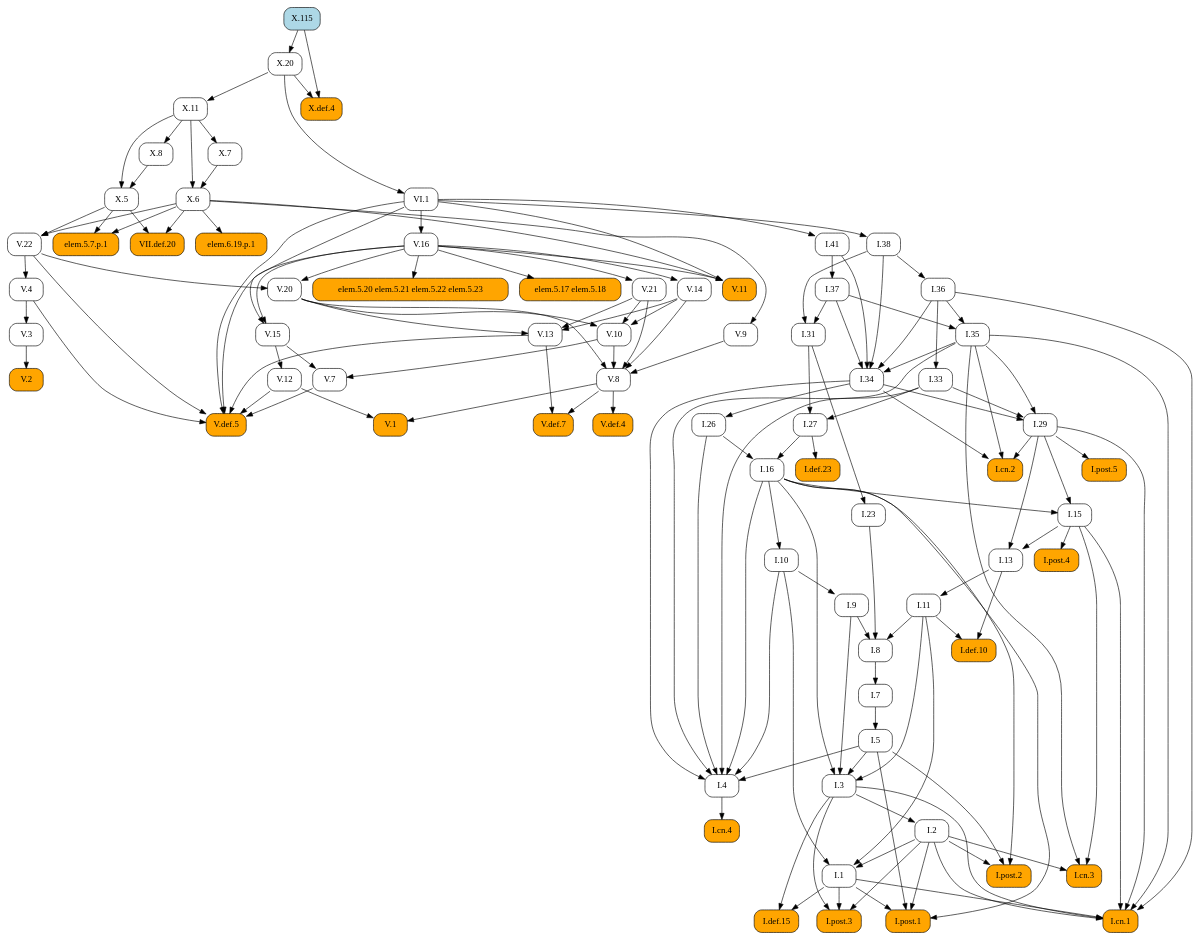
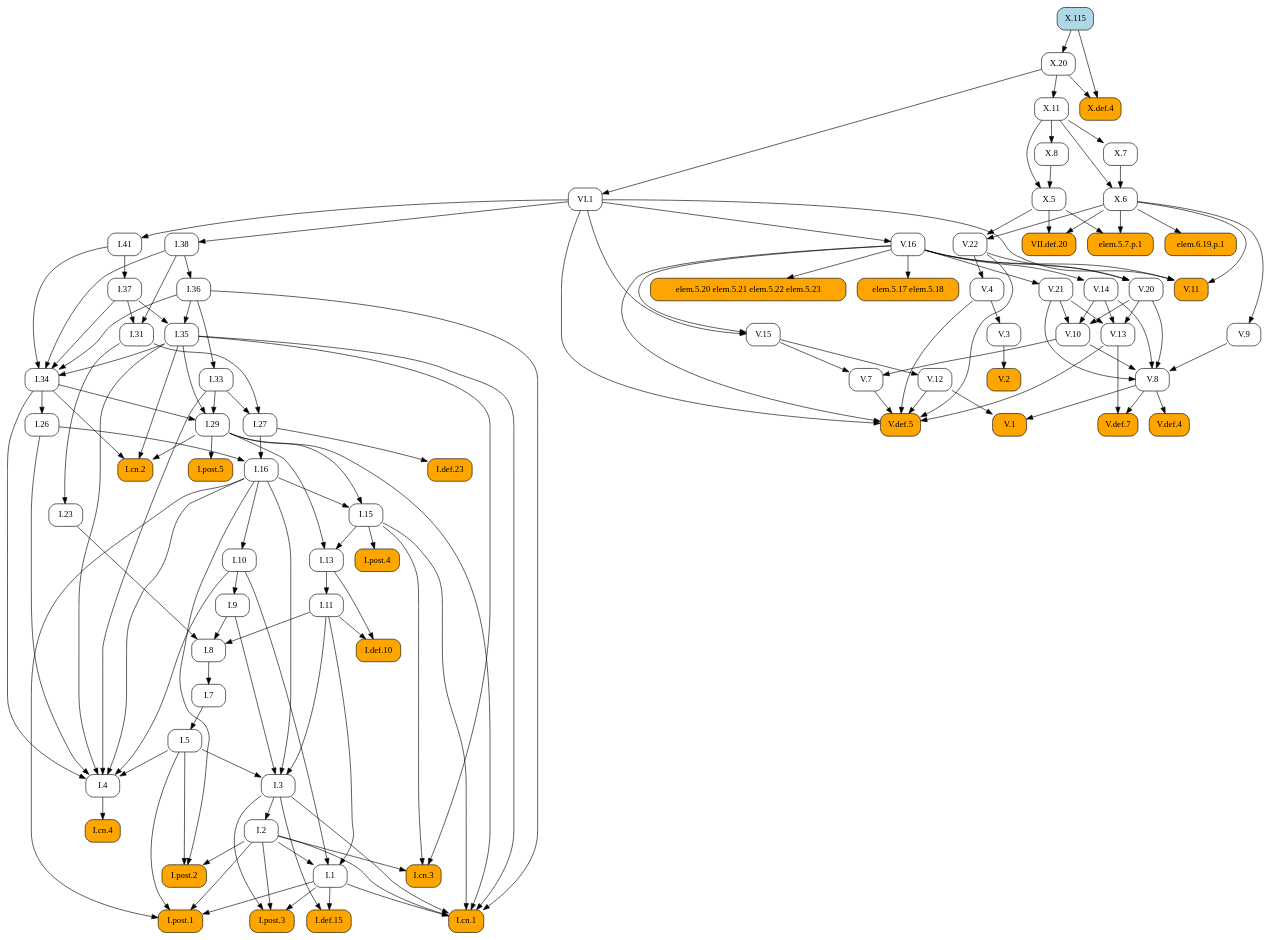
One commit to geometor/elements changed the diagram in docsrc/heath/X/115/index.rst. Above: the diagram before and after it, drawn with Graphviz. The commit also changed other lines of this file and 1029 other files, not shown here.

```diff
--- a/docsrc/heath/X/115/index.rst
+++ b/docsrc/heath/X/115/index.rst
@@ -39,116 +39,190 @@
    digraph {
      rankdir="TB";
      node [shape=box, style=rounded];
+     "I.def.10" [style="rounded,filled", fillcolor=orange, URL="/heath/I/def.10/", target="_top"];
+     "I.11" [URL="/heath/I/11/", target="_top"];
+     "I.post.4" [style="rounded,filled", fillcolor=orange, URL="/heath/I/post.4/", target="_top"];
+     "I.1" [URL="/heath/I/1/", target="_top"];
+     "V.def.5" [style="rounded,filled", fillcolor=orange, URL="/heath/V/def.5/", target="_top"];
+     "V.13" [URL="/heath/V/13/", target="_top"];
+     "V.11" [style="rounded,filled", fillcolor=orange, URL="/heath/V/11/", target="_top"];
+     "I.post.3" [style="rounded,filled", fillcolor=orange, URL="/heath/I/post.3/", target="_top"];
+     "VI.1" [URL="/heath/VI/1/", target="_top"];
+     "I.cn.3" [style="rounded,filled", fillcolor=orange, URL="/heath/I/cn.3/", target="_top"];
+     "V.16" [URL="/heath/V/16/", target="_top"];
+     "V.3" [URL="/heath/V/3/", target="_top"];
+     "X.7" [URL="/heath/X/7/", target="_top"];
+     "I.41" [URL="/heath/I/41/", target="_top"];
+     "I.36" [URL="/heath/I/36/", target="_top"];
+     "I.27" [URL="/heath/I/27/", target="_top"];
+     "V.8" [URL="/heath/V/8/", target="_top"];
+     "I.37" [URL="/heath/I/37/", target="_top"];
+     "I.34" [URL="/heath/I/34/", target="_top"];
+     "I.2" [URL="/heath/I/2/", target="_top"];
+     "I.def.23" [style="rounded,filled", fillcolor=orange, URL="/heath/I/def.23/", target="_top"];
+     "I.33" [URL="/heath/I/33/", target="_top"];
+     "I.post.2" [style="rounded,filled", fillcolor=orange, URL="/heath/I/post.2/", target="_top"];
+     "elem.5.20 elem.5.21 elem.5.22 elem.5.23" [style="rounded,filled", fillcolor=orange];
+     "I.9" [URL="/heath/I/9/", target="_top"];
+     "X.def.4" [style="rounded,filled", fillcolor=orange, URL="/heath/X/def.4/", target="_top"];
+     "I.cn.4" [style="rounded,filled", fillcolor=orange, URL="/heath/I/cn.4/", target="_top"];
+     "V.def.4" [style="rounded,filled", fillcolor=orange, URL="/heath/V/def.4/", target="_top"];
+     "I.15" [URL="/heath/I/15/", target="_top"];
+     "I.38" [URL="/heath/I/38/", target="_top"];
+     "V.def.7" [style="rounded,filled", fillcolor=orange, URL="/heath/V/def.7/", target="_top"];
+     "X.115" [style="rounded,filled", fillcolor=lightblue, URL="/heath/X/115/", target="_top"];
+     "VII.def.20" [style="rounded,filled", fillcolor=orange, URL="/heath/VII/def.20/", target="_top"];
+     "I.5" [URL="/heath/I/5/", target="_top"];
+     "V.21" [URL="/heath/V/21/", target="_top"];
+     "I.26" [URL="/heath/I/26/", target="_top"];
+     "V.14" [URL="/heath/V/14/", target="_top"];
+     "I.29" [URL="/heath/I/29/", target="_top"];
+     "V.12" [URL="/heath/V/12/", target="_top"];
+     "V.22" [URL="/heath/V/22/", target="_top"];
+     "I.cn.2" [style="rounded,filled", fillcolor=orange, URL="/heath/I/cn.2/", target="_top"];
+     "X.6" [URL="/heath/X/6/", target="_top"];
+     "X.8" [URL="/heath/X/8/", target="_top"];
+     "V.20" [URL="/heath/V/20/", target="_top"];
+     "V.10" [URL="/heath/V/10/", target="_top"];
+     "I.def.15" [style="rounded,filled", fillcolor=orange, URL="/heath/I/def.15/", target="_top"];
+     "V.15" [URL="/heath/V/15/", target="_top"];
+     "I.cn.1" [style="rounded,filled", fillcolor=orange, URL="/heath/I/cn.1/", target="_top"];
+     "V.7" [URL="/heath/V/7/", target="_top"];
+     "V.9" [URL="/heath/V/9/", target="_top"];
+     "I.23" [URL="/heath/I/23/", target="_top"];
+     "I.post.1" [style="rounded,filled", fillcolor=orange, URL="/heath/I/post.1/", target="_top"];
+     "elem.6.19.p.1" [style="rounded,filled", fillcolor=orange];
+     "I.35" [URL="/heath/I/35/", target="_top"];
+     "I.7" [URL="/heath/I/7/", target="_top"];
+     "X.20" [URL="/heath/X/20/", target="_top"];
+     "I.3" [URL="/heath/I/3/", target="_top"];
+     "I.4" [URL="/heath/I/4/", target="_top"];
+     "I.13" [URL="/heath/I/13/", target="_top"];
+     "V.4" [URL="/heath/V/4/", target="_top"];
+     "elem.5.7.p.1" [style="rounded,filled", fillcolor=orange];
+     "I.31" [URL="/heath/I/31/", target="_top"];
      "V.1" [style="rounded,filled", fillcolor=orange, URL="/heath/V/1/", target="_top"];
-     "X.7" [URL="/heath/X/7/", target="_top"];
-     "I.29" [URL="/heath/I/29/", target="_top"];
-     "I.7" [URL="/heath/I/7/", target="_top"];
-     "I.27" [URL="/heath/I/27/", target="_top"];
-     "I.def.23" [style="rounded,filled", fillcolor=orange, URL="/heath/I/def.23/", target="_top"];
-     "V.20" [URL="/heath/V/20/", target="_top"];
-     "I.34" [URL="/heath/I/34/", target="_top"];
+     "I.16" [URL="/heath/I/16/", target="_top"];
+     "elem.5.17 elem.5.18" [style="rounded,filled", fillcolor=orange];
+     "X.5" [URL="/heath/X/5/", target="_top"];
+     "X.11" [URL="/heath/X/11/", target="_top"];
      "I.8" [URL="/heath/I/8/", target="_top"];
      "V.2" [style="rounded,filled", fillcolor=orange, URL="/heath/V/2/", target="_top"];
-     "I.9" [URL="/heath/I/9/", target="_top"];
-     "V.22" [URL="/heath/V/22/", target="_top"];
-     "elem.5.7.p.1" [style="rounded,filled", fillcolor=orange];
-     "I.post.4" [style="rounded,filled", fillcolor=orange, URL="/heath/I/post.4/", target="_top"];
-     "I.2" [URL="/heath/I/2/", target="_top"];
-     "V.4" [URL="/heath/V/4/", target="_top"];
-     "I.cn.4" [style="rounded,filled", fillcolor=orange, URL="/heath/I/cn.4/", target="_top"];
-     "X.8" [URL="/heath/X/8/", target="_top"];
-     "elem.5.20 elem.5.21 elem.5.22 elem.5.23" [style="rounded,filled", fillcolor=orange];
-     "I.23" [URL="/heath/I/23/", target="_top"];
-     "I.13" [URL="/heath/I/13/", target="_top"];
-     "I.5" [URL="/heath/I/5/", target="_top"];
-     "I.11" [URL="/heath/I/11/", target="_top"];
-     "X.6" [URL="/heath/X/6/", target="_top"];
-     "I.4" [URL="/heath/I/4/", target="_top"];
-     "X.20" [URL="/heath/X/20/", target="_top"];
-     "I.def.10" [style="rounded,filled", fillcolor=orange, URL="/heath/I/def.10/", target="_top"];
-     "I.post.3" [style="rounded,filled", fillcolor=orange, URL="/heath/I/post.3/", target="_top"];
-     "V.9" [URL="/heath/V/9/", target="_top"];
-     "elem.5.17 elem.5.18" [style="rounded,filled", fillcolor=orange];
-     "V.3" [URL="/heath/V/3/", target="_top"];
-     "I.36" [URL="/heath/I/36/", target="_top"];
-     "V.12" [URL="/heath/V/12/", target="_top"];
-     "I.15" [URL="/heath/I/15/", target="_top"];
-     "I.41" [URL="/heath/I/41/", target="_top"];
-     "V.def.5" [style="rounded,filled", fillcolor=orange, URL="/heath/V/def.5/", target="_top"];
-     "I.cn.3" [style="rounded,filled", fillcolor=orange, URL="/heath/I/cn.3/", target="_top"];
-     "X.115" [style="rounded,filled", fillcolor=lightblue, URL="/heath/X/115/", target="_top"];
-     "I.38" [URL="/heath/I/38/", target="_top"];
-     "V.16" [URL="/heath/V/16/", target="_top"];
-     "V.15" [URL="/heath/V/15/", target="_top"];
-     "V.def.4" [style="rounded,filled", fillcolor=orange, URL="/heath/V/def.4/", target="_top"];
-     "V.21" [URL="/heath/V/21/", target="_top"];
-     "V.8" [URL="/heath/V/8/", target="_top"];
-     "V.7" [URL="/heath/V/7/", target="_top"];
-     "I.1" [URL="/heath/I/1/", target="_top"];
-     "I.def.15" [style="rounded,filled", fillcolor=orange, URL="/heath/I/def.15/", target="_top"];
-     "V.13" [URL="/heath/V/13/", target="_top"];
-     "I.post.1" [style="rounded,filled", fillcolor=orange, URL="/heath/I/post.1/", target="_top"];
-     "X.5" [URL="/heath/X/5/", target="_top"];
-     "VII.def.20" [style="rounded,filled", fillcolor=orange, URL="/heath/VII/def.20/", target="_top"];
-     "elem.6.19.p.1" [style="rounded,filled", fillcolor=orange];
-     "I.26" [URL="/heath/I/26/", target="_top"];
-     "I.33" [URL="/heath/I/33/", target="_top"];
-     "X.11" [URL="/heath/X/11/", target="_top"];
-     "V.def.7" [style="rounded,filled", fillcolor=orange, URL="/heath/V/def.7/", target="_top"];
-     "I.cn.2" [style="rounded,filled", fillcolor=orange, URL="/heath/I/cn.2/", target="_top"];
-     "V.10" [URL="/heath/V/10/", target="_top"];
+     "I.post.5" [style="rounded,filled", fillcolor=orange, URL="/heath/I/post.5/", target="_top"];
      "I.10" [URL="/heath/I/10/", target="_top"];
-     "I.3" [URL="/heath/I/3/", target="_top"];
-     "I.16" [URL="/heath/I/16/", target="_top"];
-     "I.31" [URL="/heath/I/31/", target="_top"];
-     "V.11" [style="rounded,filled", fillcolor=orange, URL="/heath/V/11/", target="_top"];
-     "I.post.2" [style="rounded,filled", fillcolor=orange, URL="/heath/I/post.2/", target="_top"];
-     "VI.1" [URL="/heath/VI/1/", target="_top"];
-     "X.def.4" [style="rounded,filled", fillcolor=orange, URL="/heath/X/def.4/", target="_top"];
-     "I.post.5" [style="rounded,filled", fillcolor=orange, URL="/heath/I/post.5/", target="_top"];
-     "I.35" [URL="/heath/I/35/", target="_top"];
-     "I.cn.1" [style="rounded,filled", fillcolor=orange, URL="/heath/I/cn.1/", target="_top"];
-     "I.37" [URL="/heath/I/37/", target="_top"];
-     "V.14" [URL="/heath/V/14/", target="_top"];
-     "V.8" -> "V.1";
-     "V.12" -> "V.1";
+     "I.11" -> "I.def.10";
+     "I.13" -> "I.def.10";
+     "I.13" -> "I.11";
+     "I.15" -> "I.post.4";
+     "I.2" -> "I.1";
+     "I.10" -> "I.1";
+     "I.11" -> "I.1";
+     "V.4" -> "V.def.5";
+     "V.7" -> "V.def.5";
+     "V.12" -> "V.def.5";
+     "V.13" -> "V.def.5";
+     "V.16" -> "V.def.5";
+     "V.22" -> "V.def.5";
+     "VI.1" -> "V.def.5";
+     "V.14" -> "V.13";
+     "V.20" -> "V.13";
+     "V.21" -> "V.13";
+     "V.16" -> "V.11";
+     "VI.1" -> "V.11";
+     "X.6" -> "V.11";
+     "I.1" -> "I.post.3";
+     "I.2" -> "I.post.3";
+     "I.3" -> "I.post.3";
+     "X.20" -> "VI.1";
+     "I.2" -> "I.cn.3";
+     "I.15" -> "I.cn.3";
+     "I.35" -> "I.cn.3";
+     "VI.1" -> "V.16";
+     "V.4" -> "V.3";
      "X.11" -> "X.7";
-     "I.33" -> "I.29";
-     "I.34" -> "I.29";
-     "I.35" -> "I.29";
-     "I.8" -> "I.7";
+     "VI.1" -> "I.41";
+     "I.38" -> "I.36";
      "I.31" -> "I.27";
      "I.33" -> "I.27";
-     "I.27" -> "I.def.23";
-     "V.16" -> "V.20";
-     "V.22" -> "V.20";
+     "V.9" -> "V.8";
+     "V.10" -> "V.8";
+     "V.14" -> "V.8";
+     "V.20" -> "V.8";
+     "V.21" -> "V.8";
+     "I.41" -> "I.37";
      "I.35" -> "I.34";
      "I.36" -> "I.34";
      "I.37" -> "I.34";
      "I.38" -> "I.34";
      "I.41" -> "I.34";
-     "I.9" -> "I.8";
-     "I.11" -> "I.8";
-     "I.23" -> "I.8";
-     "V.3" -> "V.2";
+     "I.3" -> "I.2";
+     "I.27" -> "I.def.23";
+     "I.36" -> "I.33";
+     "I.2" -> "I.post.2";
+     "I.5" -> "I.post.2";
+     "I.16" -> "I.post.2";
+     "V.16" -> "elem.5.20 elem.5.21 elem.5.22 elem.5.23";
      "I.10" -> "I.9";
+     "X.20" -> "X.def.4";
+     "X.115" -> "X.def.4";
+     "I.4" -> "I.cn.4";
+     "V.8" -> "V.def.4";
+     "I.16" -> "I.15";
+     "I.29" -> "I.15";
+     "VI.1" -> "I.38";
+     "V.8" -> "V.def.7";
+     "V.13" -> "V.def.7";
+     "X.5" -> "VII.def.20";
+     "X.6" -> "VII.def.20";
+     "I.7" -> "I.5";
+     "V.16" -> "V.21";
+     "I.34" -> "I.26";
+     "V.16" -> "V.14";
+     "I.33" -> "I.29";
+     "I.34" -> "I.29";
+     "I.35" -> "I.29";
+     "V.15" -> "V.12";
      "X.5" -> "V.22";
      "X.6" -> "V.22";
-     "X.5" -> "elem.5.7.p.1";
-     "X.6" -> "elem.5.7.p.1";
-     "I.15" -> "I.post.4";
-     "I.3" -> "I.2";
-     "V.22" -> "V.4";
-     "I.4" -> "I.cn.4";
-     "X.11" -> "X.8";
-     "V.16" -> "elem.5.20 elem.5.21 elem.5.22 elem.5.23";
-     "I.31" -> "I.23";
-     "I.15" -> "I.13";
-     "I.29" -> "I.13";
-     "I.7" -> "I.5";
-     "I.13" -> "I.11";
+     "I.29" -> "I.cn.2";
+     "I.34" -> "I.cn.2";
+     "I.35" -> "I.cn.2";
      "X.7" -> "X.6";
      "X.11" -> "X.6";
+     "X.11" -> "X.8";
+     "V.16" -> "V.20";
+     "V.22" -> "V.20";
+     "V.14" -> "V.10";
+     "V.20" -> "V.10";
+     "V.21" -> "V.10";
+     "I.1" -> "I.def.15";
+     "I.3" -> "I.def.15";
+     "V.16" -> "V.15";
+     "VI.1" -> "V.15";
+     "I.1" -> "I.cn.1";
+     "I.2" -> "I.cn.1";
+     "I.3" -> "I.cn.1";
+     "I.15" -> "I.cn.1";
+     "I.29" -> "I.cn.1";
+     "I.35" -> "I.cn.1";
+     "I.36" -> "I.cn.1";
+     "V.10" -> "V.7";
+     "V.15" -> "V.7";
+     "X.6" -> "V.9";
+     "I.31" -> "I.23";
+     "I.1" -> "I.post.1";
+     "I.2" -> "I.post.1";
+     "I.5" -> "I.post.1";
+     "I.16" -> "I.post.1";
+     "X.6" -> "elem.6.19.p.1";
+     "I.36" -> "I.35";
+     "I.37" -> "I.35";
+     "I.8" -> "I.7";
+     "X.115" -> "X.20";
+     "I.5" -> "I.3";
+     "I.9" -> "I.3";
+     "I.11" -> "I.3";
+     "I.16" -> "I.3";
      "I.5" -> "I.4";
      "I.10" -> "I.4";
      "I.16" -> "I.4";
@@ -156,99 +230,25 @@
      "I.33" -> "I.4";
      "I.34" -> "I.4";
      "I.35" -> "I.4";
-     "X.115" -> "X.20";
-     "I.11" -> "I.def.10";
-     "I.13" -> "I.def.10";
-     "I.1" -> "I.post.3";
-     "I.2" -> "I.post.3";
-     "I.3" -> "I.post.3";
-     "X.6" -> "V.9";
+     "I.15" -> "I.13";
+     "I.29" -> "I.13";
+     "V.22" -> "V.4";
+     "X.5" -> "elem.5.7.p.1";
+     "X.6" -> "elem.5.7.p.1";
+     "I.37" -> "I.31";
+     "I.38" -> "I.31";
+     "V.8" -> "V.1";
+     "V.12" -> "V.1";
+     "I.26" -> "I.16";
+     "I.27" -> "I.16";
      "V.16" -> "elem.5.17 elem.5.18";
-     "V.4" -> "V.3";
-     "I.38" -> "I.36";
-     "V.15" -> "V.12";
-     "I.16" -> "I.15";
-     "I.29" -> "I.15";
-     "VI.1" -> "I.41";
-     "V.4" -> "V.def.5";
-     "V.7" -> "V.def.5";
-     "V.12" -> "V.def.5";
-     "V.13" -> "V.def.5";
-     "V.16" -> "V.def.5";
-     "V.22" -> "V.def.5";
-     "VI.1" -> "V.def.5";
-     "I.2" -> "I.cn.3";
-     "I.15" -> "I.cn.3";
-     "I.35" -> "I.cn.3";
-     "VI.1" -> "I.38";
-     "VI.1" -> "V.16";
-     "V.16" -> "V.15";
-     "VI.1" -> "V.15";
-     "V.8" -> "V.def.4";
-     "V.16" -> "V.21";
-     "V.9" -> "V.8";
-     "V.10" -> "V.8";
-     "V.14" -> "V.8";
-     "V.20" -> "V.8";
-     "V.21" -> "V.8";
-     "V.10" -> "V.7";
-     "V.15" -> "V.7";
-     "I.2" -> "I.1";
-     "I.10" -> "I.1";
-     "I.11" -> "I.1";
-     "I.1" -> "I.def.15";
-     "I.3" -> "I.def.15";
-     "V.14" -> "V.13";
-     "V.20" -> "V.13";
-     "V.21" -> "V.13";
-     "I.1" -> "I.post.1";
-     "I.2" -> "I.post.1";
-     "I.5" -> "I.post.1";
-     "I.16" -> "I.post.1";
      "X.8" -> "X.5";
      "X.11" -> "X.5";
-     "X.5" -> "VII.def.20";
-     "X.6" -> "VII.def.20";
-     "X.6" -> "elem.6.19.p.1";
-     "I.34" -> "I.26";
-     "I.36" -> "I.33";
      "X.20" -> "X.11";
-     "V.8" -> "V.def.7";
-     "V.13" -> "V.def.7";
-     "I.29" -> "I.cn.2";
-     "I.34" -> "I.cn.2";
-     "I.35" -> "I.cn.2";
-     "V.14" -> "V.10";
-     "V.20" -> "V.10";
-     "V.21" -> "V.10";
+     "I.9" -> "I.8";
+     "I.11" -> "I.8";
+     "I.23" -> "I.8";
+     "V.3" -> "V.2";
+     "I.29" -> "I.post.5";
      "I.16" -> "I.10";
-     "I.5" -> "I.3";
-     "I.9" -> "I.3";
-     "I.11" -> "I.3";
-     "I.16" -> "I.3";
-     "I.26" -> "I.16";
-     "I.27" -> "I.16";
-     "I.37" -> "I.31";
-     "I.38" -> "I.31";
-     "V.16" -> "V.11";
-     "VI.1" -> "V.11";
-     "X.6" -> "V.11";
-     "I.2" -> "I.post.2";
-     "I.5" -> "I.post.2";
-     "I.16" -> "I.post.2";
-     "X.20" -> "VI.1";
-     "X.20" -> "X.def.4";
-     "X.115" -> "X.def.4";
-     "I.29" -> "I.post.5";
-     "I.36" -> "I.35";
-     "I.37" -> "I.35";
-     "I.1" -> "I.cn.1";
-     "I.2" -> "I.cn.1";
-     "I.3" -> "I.cn.1";
-     "I.15" -> "I.cn.1";
-     "I.29" -> "I.cn.1";
-     "I.35" -> "I.cn.1";
-     "I.36" -> "I.cn.1";
-     "I.41" -> "I.37";
-     "V.16" -> "V.14";
    }
```
